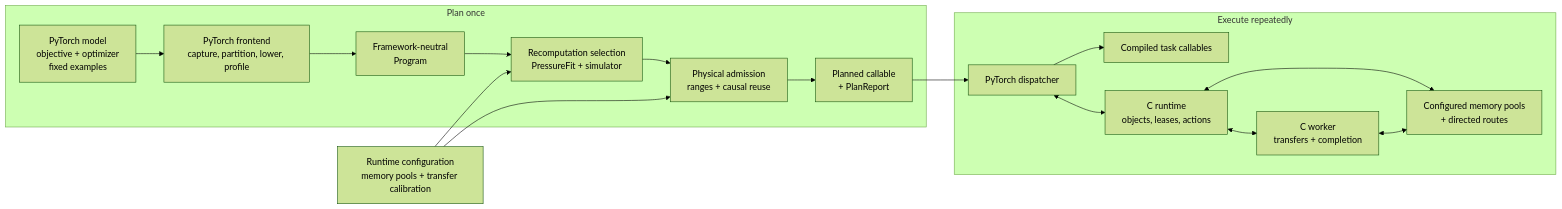
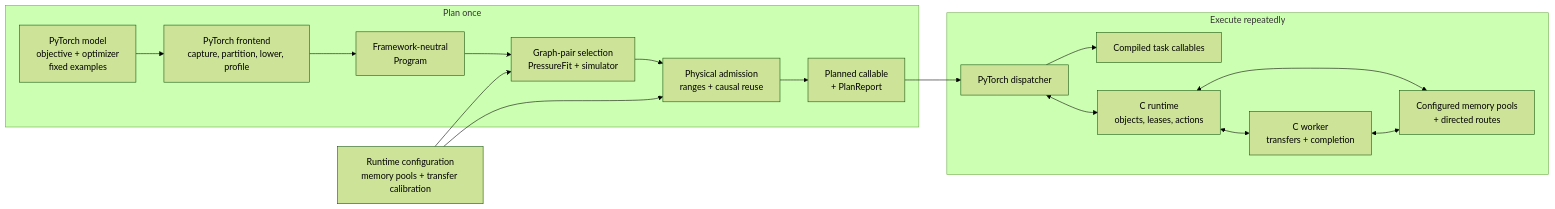
The first of 3 diagrams in docs/architecture/overview.md (als244/shadowspill), drawn with Mermaid (forest theme) before and after one commit. The commit also changed other lines of this file and 66 other files, not shown here.

````diff
--- a/docs/architecture/overview.md
+++ b/docs/architecture/overview.md
@@ -28,33 +28,33 @@
 ```mermaid
 flowchart LR
     subgraph plan["Plan once"]
         inputs["PyTorch model<br/>objective + optimizer<br/>fixed examples"]
         frontend["PyTorch frontend<br/>capture, partition, lower, profile"]
         program["Framework-neutral<br/>Program"]
-        planner["Recomputation selection<br/>PressureFit + simulator"]
+        planner["Graph-pair selection<br/>PressureFit + simulator"]
         admission["Physical admission<br/>ranges + causal reuse"]
         materialize["Planned callable<br/>+ PlanReport"]
 
         inputs --> frontend --> program --> planner --> admission --> materialize
     end
 
     runtime_config["Runtime configuration<br/>memory pools + transfer calibration"]
     runtime_config --> planner
     runtime_config --> admission
 
     subgraph execute["Execute repeatedly"]
         dispatcher["PyTorch dispatcher"]
         compiled["Compiled task callables"]
         runtime["C runtime<br/>objects, leases, actions"]
         worker["C worker<br/>transfers + completion"]
         pools["Configured memory pools<br/>+ directed routes"]
 
         dispatcher --> compiled
         dispatcher <--> runtime
         runtime <--> worker
         runtime <--> pools
         worker <--> pools
     end
 
     materialize --> dispatcher
 ```
````
